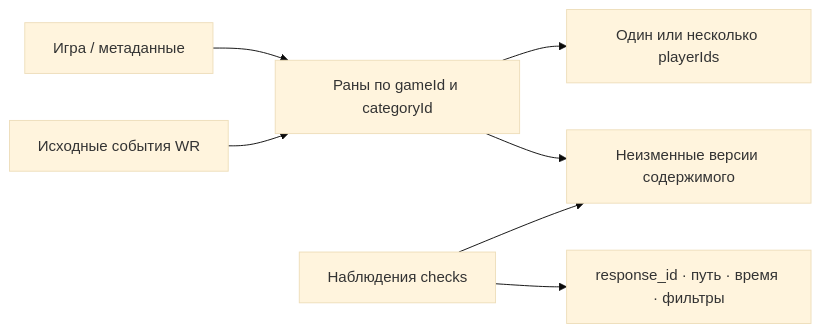
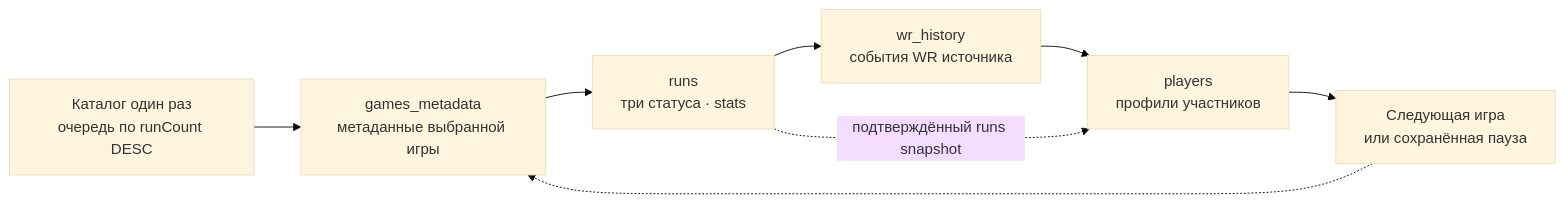
One commit to UrranQx/Big-Data-Storage-and-Management changed the second of 4 diagrams in reports/lab1/REPORT.md. Above: the diagram before and after it, drawn with Mermaid (base theme). The commit also changed other lines of this file and 22 other files, not shown here.

````diff
--- a/reports/lab1/REPORT.md
+++ b/reports/lab1/REPORT.md
@@ -14,9 +117,10 @@
 ```mermaid
 flowchart LR
-    G["Игра / метаданные"] --> R["Раны по gameId и categoryId"]
-    R --> P["Один или несколько playerIds"]
-    W["Исходные события WR"] --> R
-    R --> V["Неизменные версии содержимого"]
-    O["Наблюдения checks"] --> V
-    O --> S["response_id · путь · время · фильтры"]
+    C["Каталог один раз<br/>очередь по runCount DESC"] --> G["games_metadata<br/>метаданные выбранной игры"]
+    G --> R["runs<br/>три статуса · stats"]
+    R --> W["wr_history<br/>события WR источника"]
+    W --> P["players<br/>профили участников"]
+    R -. "подтверждённый runs snapshot" .-> P
+    P --> N["Следующая игра<br/>или сохранённая пауза"]
+    N -.-> G
 ```
````
